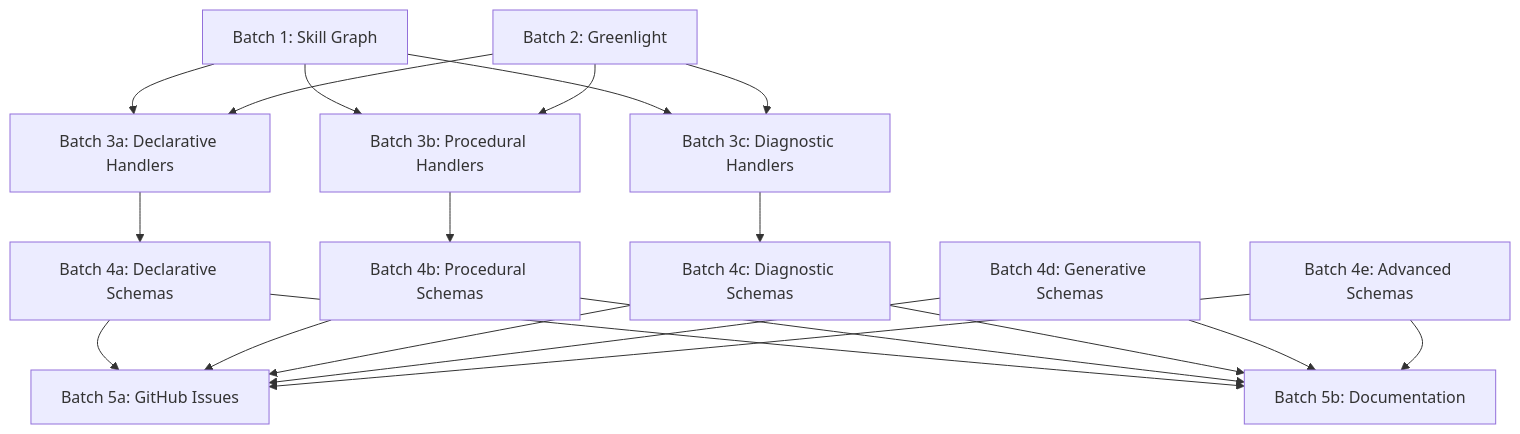
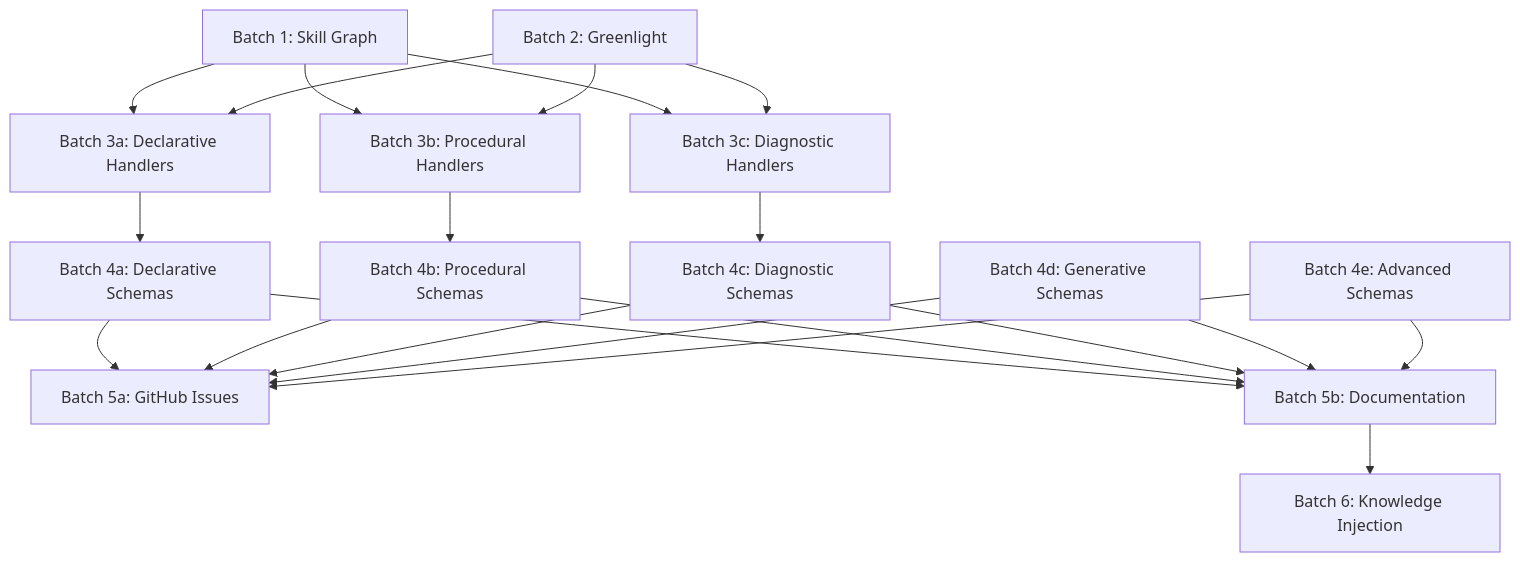
Before and after one commit to Travinkel/CortexCLI: the diagram in docs/agile/README.md, drawn with Mermaid. The commit also changed other lines of this file and 10 other files, not shown here.

````diff
--- a/docs/agile/README.md
+++ b/docs/agile/README.md
@@ -109,26 +84,28 @@
 ```mermaid
 graph TD
     B1[Batch 1: Skill Graph] --> B3a[Batch 3a: Declarative Handlers]
     B1 --> B3b[Batch 3b: Procedural Handlers]
     B1 --> B3c[Batch 3c: Diagnostic Handlers]
 
     B2[Batch 2: Greenlight] --> B3a
     B2 --> B3b
     B2 --> B3c
 
     B3a --> B4a[Batch 4a: Declarative Schemas]
     B3b --> B4b[Batch 4b: Procedural Schemas]
     B3c --> B4c[Batch 4c: Diagnostic Schemas]
 
     B4a --> B5a[Batch 5a: GitHub Issues]
     B4b --> B5a
     B4c --> B5a
     B4d[Batch 4d: Generative Schemas] --> B5a
     B4e[Batch 4e: Advanced Schemas] --> B5a
 
     B4a --> B5b[Batch 5b: Documentation]
     B4b --> B5b
     B4c --> B5b
     B4d --> B5b
     B4e --> B5b
+
+    B5b --> B6[Batch 6: Knowledge Injection]
 ```
````
